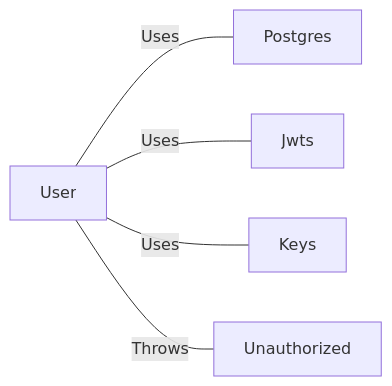
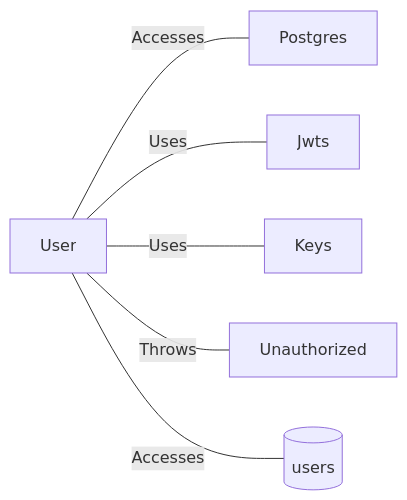
One commit to wynxx-gft/jold-ccode-reviewer changed the second of 2 diagrams in wiki/src/main/java/com/scalesec/vulnado/User.md. Above: the diagram before and after it, drawn with Mermaid. The commit also changed other lines of this file and 1 other file, not shown here.

````diff
--- a/wiki/src/main/java/com/scalesec/vulnado/User.md
+++ b/wiki/src/main/java/com/scalesec/vulnado/User.md
@@ -68,7 +60,8 @@
 ```mermaid
 flowchart LR
-    User --- |"Uses"| Postgres
+    User --- |"Accesses"| Postgres
     User --- |"Uses"| Jwts
     User --- |"Uses"| Keys
     User --- |"Throws"| Unauthorized
+    User --- |"Accesses"| users[(users)]
 ```
````
